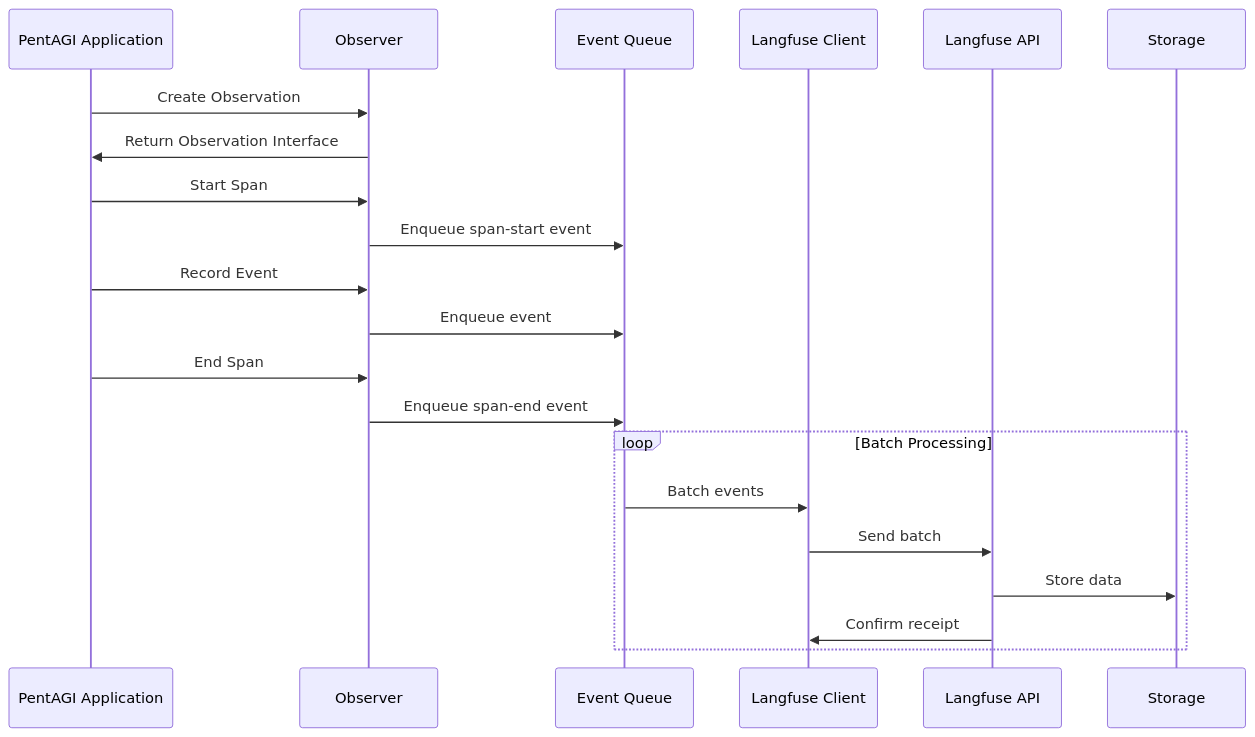
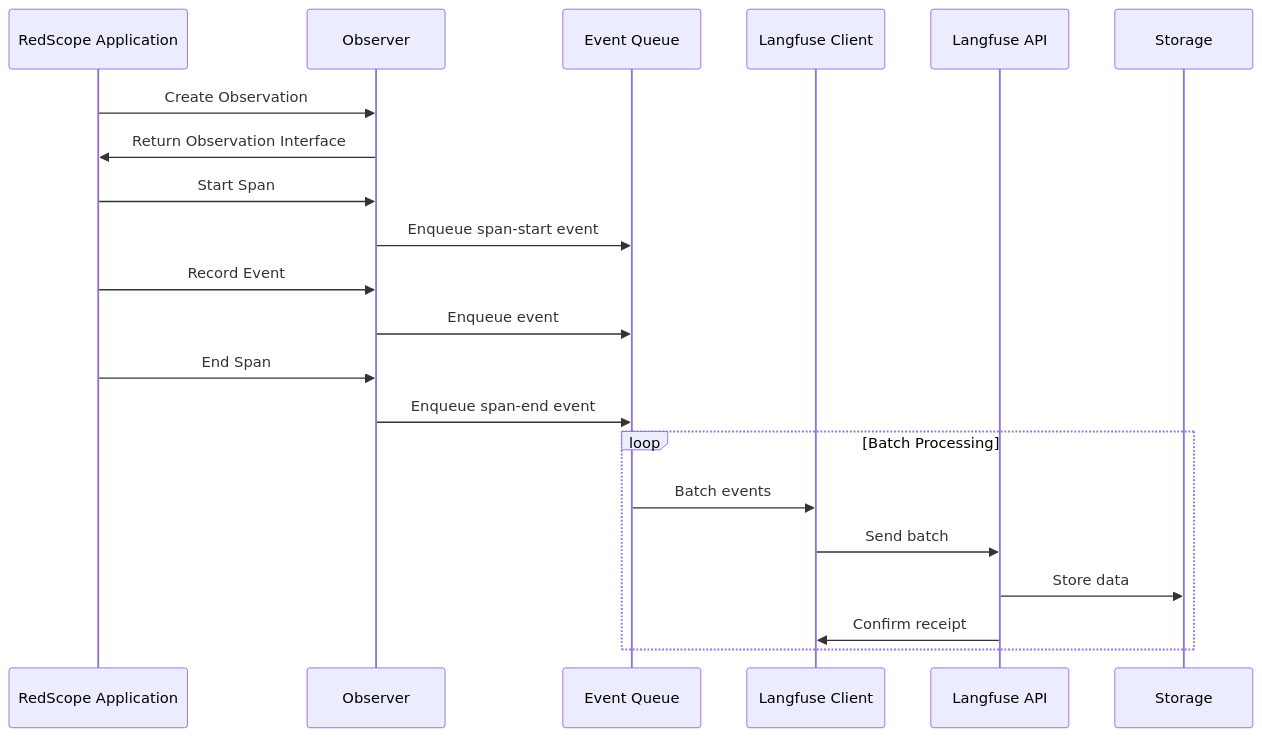
The second of 2 diagrams in backend/docs/langfuse.md (Adelya30stm/WorldState_Agent_Intelligence_Platform), drawn with Mermaid before and after one commit. The commit also changed other lines of this file and 129 other files, not shown here.

First line of the commit message:
feat: rebrand to RedScope, add attack paths, findings, infrastructure

````diff
--- a/backend/docs/langfuse.md
+++ b/backend/docs/langfuse.md
@@ -111,28 +111,28 @@
 ```mermaid
 sequenceDiagram
-    participant App as PentAGI Application
+    participant App as RedScope Application
     participant Obs as Observer
     participant Queue as Event Queue
     participant Client as Langfuse Client
     participant API as Langfuse API
     participant DB as Storage
 
     App->>Obs: Create Observation
     Obs->>App: Return Observation Interface
 
     App->>Obs: Start Span
     Obs->>Queue: Enqueue span-start event
 
     App->>Obs: Record Event
     Obs->>Queue: Enqueue event
 
     App->>Obs: End Span
     Obs->>Queue: Enqueue span-end event
 
     loop Batch Processing
         Queue->>Client: Batch events
         Client->>API: Send batch
         API->>DB: Store data
         API->>Client: Confirm receipt
     end
 ```
````
